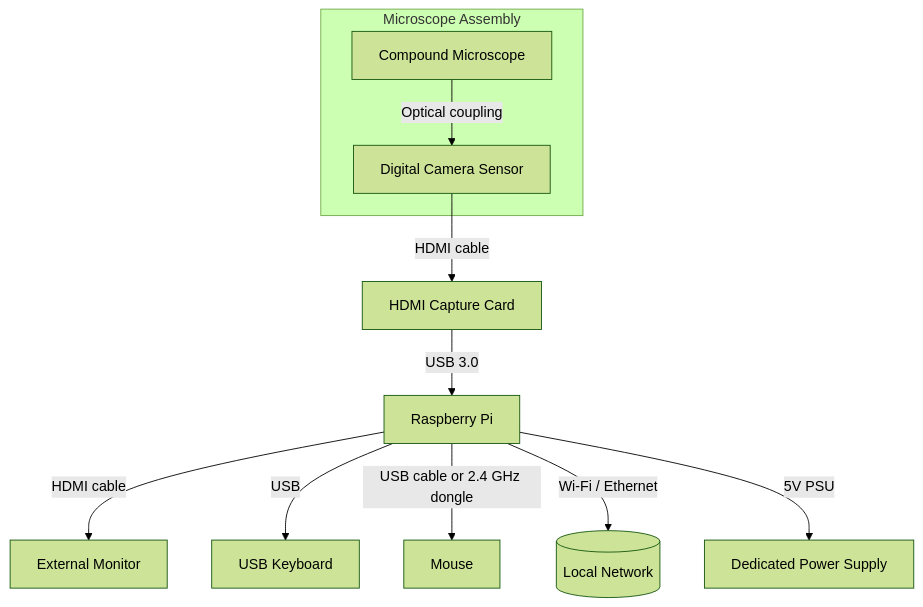
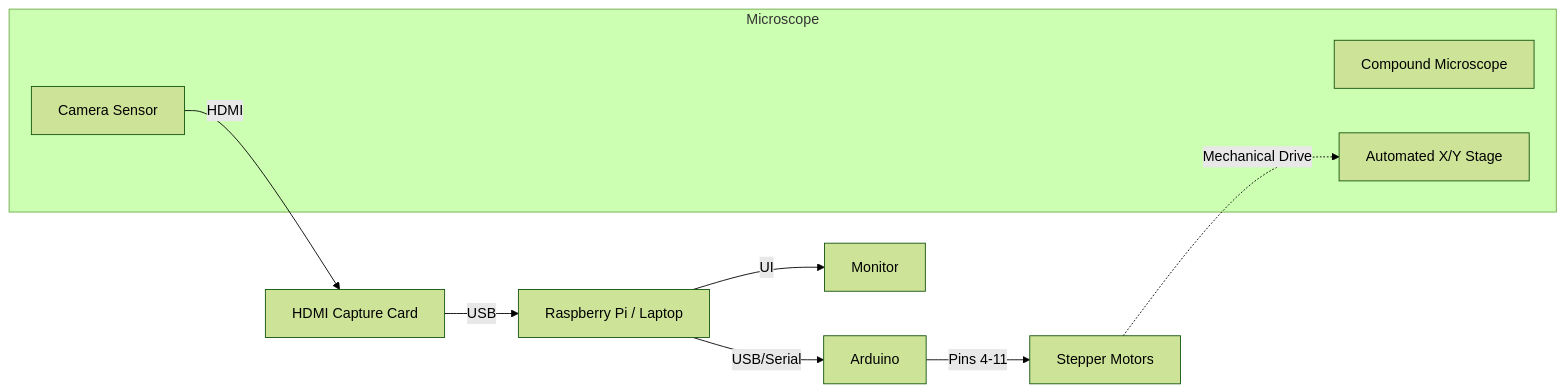
The second of 2 diagrams in README.md (mcggEz/microview-ai), drawn with Mermaid (forest theme) before and after one commit. The commit also changed other lines of this file and 1 other file, not shown here.

````diff
--- a/README.md
+++ b/README.md
@@ -63,17 +68,17 @@
 ```mermaid
-flowchart TB
-  subgraph Microscope Assembly
-    MICRO[Compound Microscope]
-    CAM[Digital Camera Sensor]
-    MICRO -- Optical coupling --> CAM
+flowchart LR
+  subgraph Microscope
+    SCOPE[Compound Microscope]
+    STAGE[Automated X/Y Stage]
+    SENSOR[Camera Sensor]
   end
 
-  CAM -->|HDMI cable| CAP[HDMI Capture Card]
-  CAP -->|USB 3.0| PI[Raspberry Pi]
+  SENSOR -->|HDMI| CAP[HDMI Capture Card]
+  CAP -->|USB| RPI[Raspberry Pi / Laptop]
 
-  PI -->|HDMI cable| MON[External Monitor]
-  PI -->|USB| KEYB[USB Keyboard]
-  PI -->|USB cable or 2.4 GHz dongle| MOUSE[Mouse]
-  PI -->|Wi-Fi / Ethernet| NET[(Local Network)]
-  PI -->|5V PSU| POWER[Dedicated Power Supply]
+  RPI -->|USB/Serial| ARD[Arduino]
+  ARD -->|Pins 4-11| STEP[Stepper Motors]
+  STEP -.->|Mechanical Drive| STAGE
+
+  RPI -->|UI| MON[Monitor]
 ```
````
